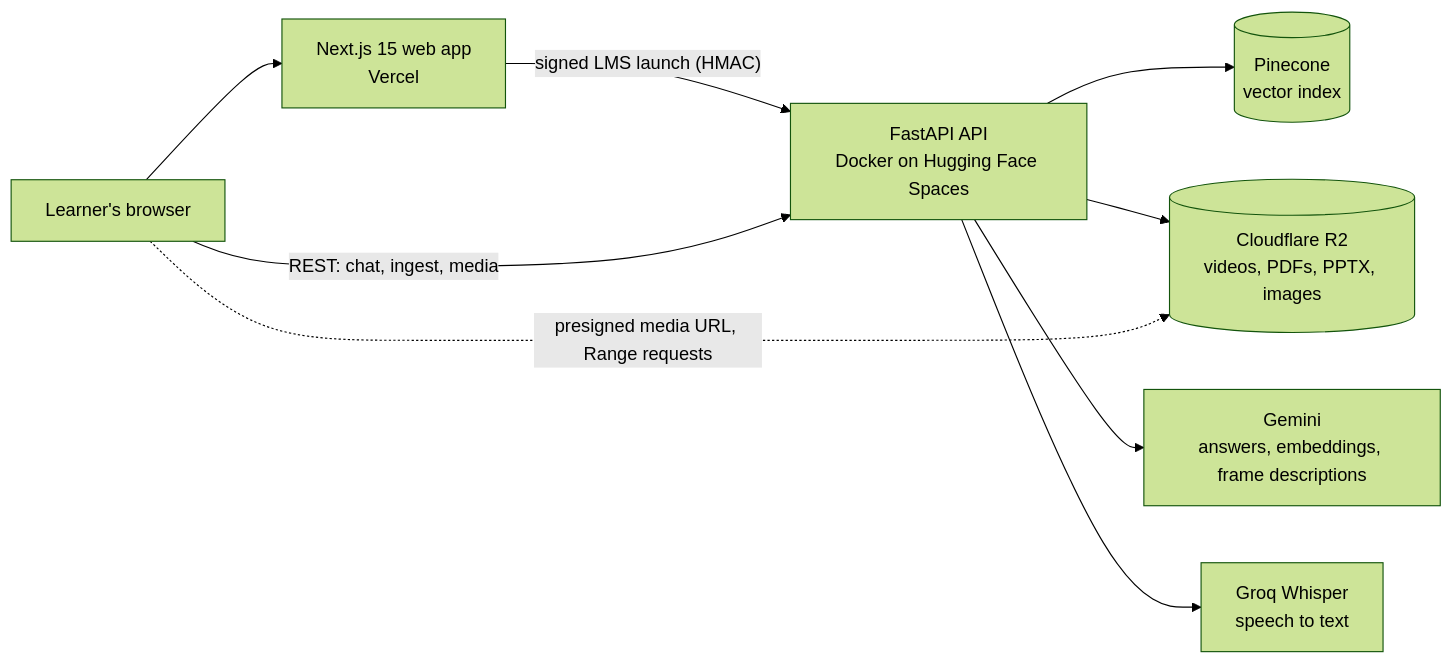
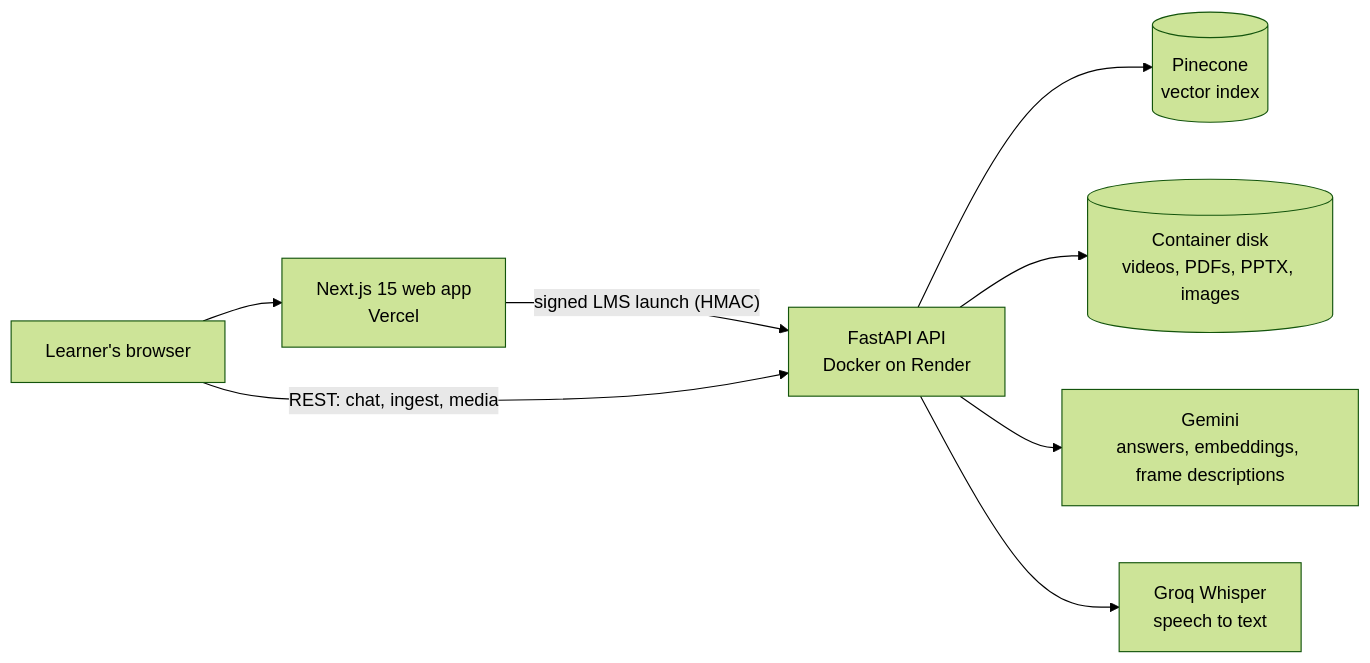
Before and after one commit to Nanu69-batman/ailearn: the diagram in README.md, drawn with Mermaid (forest theme). The commit also changed other lines of this file and 7 other files, not shown here.

First line of the commit message:
docs: live URLs and the real topology (Render + Pinecone + local disk)

````diff
--- a/README.md
+++ b/README.md
@@ -70,11 +74,10 @@
 ```mermaid
 flowchart LR
   U["Learner's browser"] --> W["Next.js 15 web app<br/>Vercel"]
   W -->|"signed LMS launch (HMAC)"| A
-  U -->|"REST: chat, ingest, media"| A["FastAPI API<br/>Docker on Hugging Face Spaces"]
+  U -->|"REST: chat, ingest, media"| A["FastAPI API<br/>Docker on Render"]
   A --> V[("Pinecone<br/>vector index")]
-  A --> S[("Cloudflare R2<br/>videos, PDFs, PPTX, images")]
+  A --> S[("Container disk<br/>videos, PDFs, PPTX, images")]
   A --> G["Gemini<br/>answers, embeddings, frame descriptions"]
   A --> Q["Groq Whisper<br/>speech to text"]
-  U -.->|"presigned media URL, Range requests"| S
 ```
````
